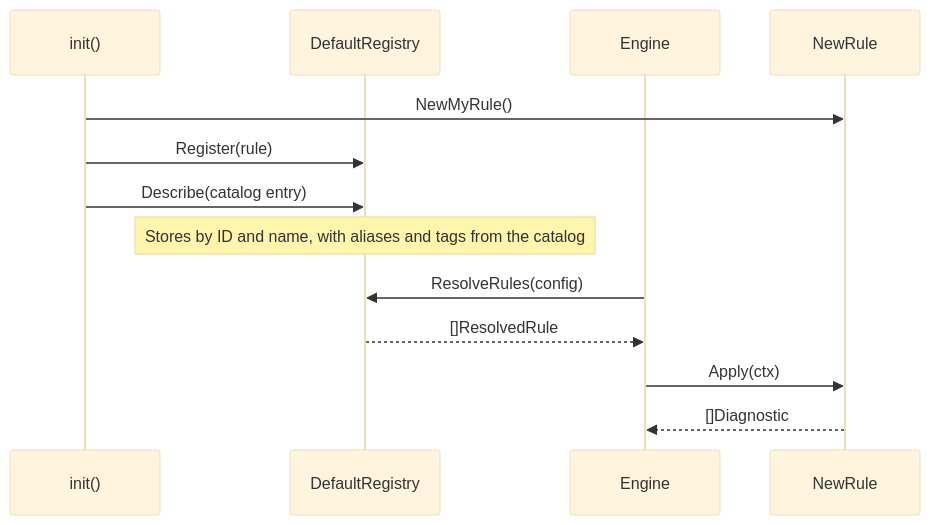
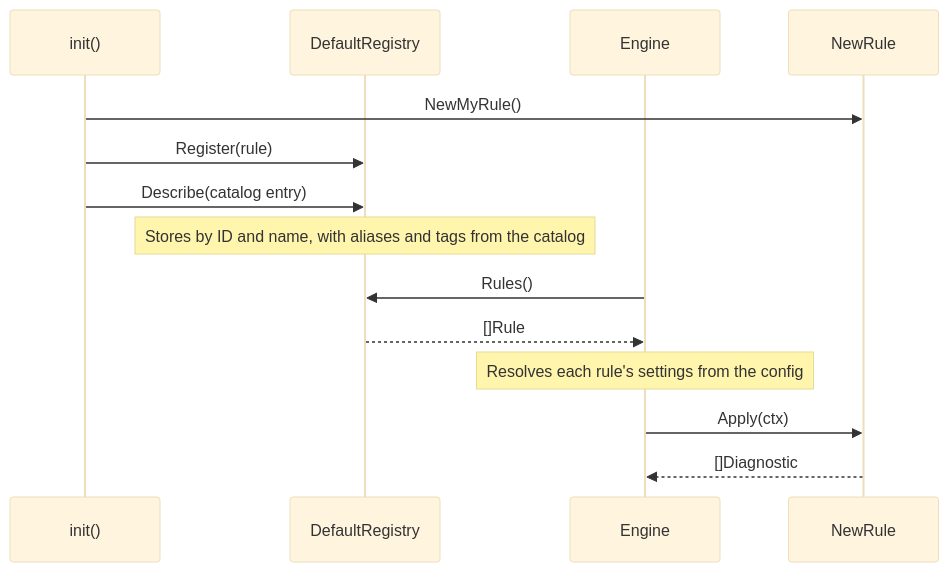
The sixth of 12 diagrams in docs/ARCHITECTURE.md (yaklabco/gomdlint), drawn with Mermaid (base theme) before and after one commit. The commit also changed other lines of this file and 14 other files, not shown here.

````diff
--- a/docs/ARCHITECTURE.md
+++ b/docs/ARCHITECTURE.md
@@ -276,17 +632,18 @@
 ```mermaid
 sequenceDiagram
     participant init as init()
     participant registry as DefaultRegistry
     participant engine as Engine
     participant rule as NewRule
 
     init->>rule: NewMyRule()
     init->>registry: Register(rule)
     init->>registry: Describe(catalog entry)
     Note over registry: Stores by ID and name, with aliases and tags from the catalog
 
-    engine->>registry: ResolveRules(config)
-    registry-->>engine: []ResolvedRule
+    engine->>registry: Rules()
+    registry-->>engine: []Rule
+    Note over engine: Resolves each rule's settings from the config
     engine->>rule: Apply(ctx)
     rule-->>engine: []Diagnostic
 ```
````
